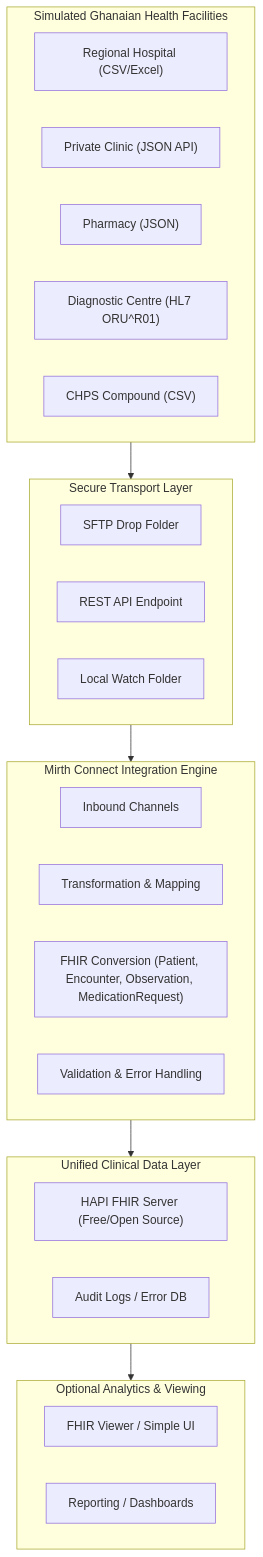
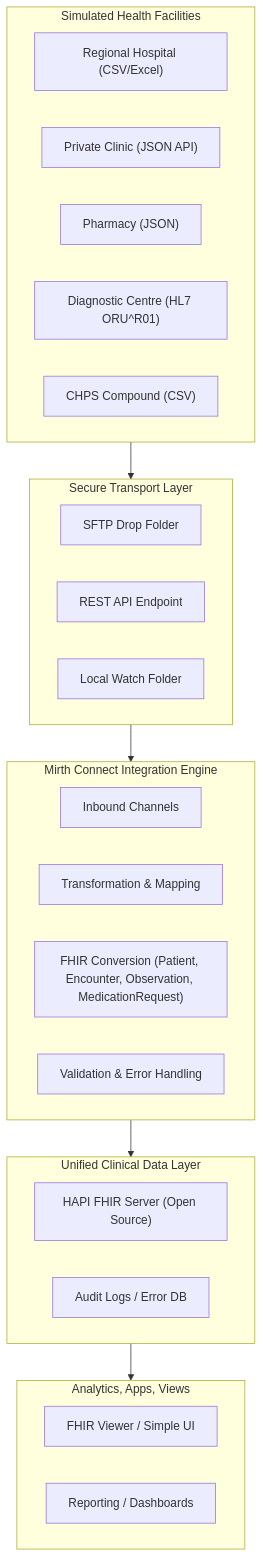
Before and after one commit to Purplewells/StudentHealthcare: the first of 2 diagrams in README.md, drawn with Mermaid. The commit also changed other lines of this file, not shown here.

````diff
--- a/README.md
+++ b/README.md
@@ -25,40 +25,40 @@
 ```mermaid
 flowchart TD
-    subgraph ClinicSources["Simulated Ghanaian Health Facilities"]
+    subgraph ClinicSources["Simulated Health Facilities"]
         A1["Regional Hospital (CSV/Excel)"]
         A2["Private Clinic (JSON API)"]
         A3["Pharmacy (JSON)"]
         A4["Diagnostic Centre (HL7 ORU^R01)"]
         A5["CHPS Compound (CSV)"]
     end
 
     subgraph Transport["Secure Transport Layer"]
         B1["SFTP Drop Folder"]
         B2["REST API Endpoint"]
         B3["Local Watch Folder"]
     end
 
     subgraph Integration["Mirth Connect Integration Engine"]
         C1["Inbound Channels"]
         C2["Transformation & Mapping"]
         C3["FHIR Conversion (Patient, Encounter, Observation, MedicationRequest)"]
         C4["Validation & Error Handling"]
     end
 
     subgraph Storage["Unified Clinical Data Layer"]
-        D1["HAPI FHIR Server (Free/Open Source)"]
+        D1["HAPI FHIR Server (Open Source)"]
         D2["Audit Logs / Error DB"]
     end
 
-    subgraph Analytics["Optional Analytics & Viewing"]
+    subgraph Analytics["Analytics, Apps, Views"]
         E1["FHIR Viewer / Simple UI"]
         E2["Reporting / Dashboards"]
     end
 
     %% Connections
     ClinicSources --> Transport
     Transport --> Integration
     Integration --> Storage
     Storage --> Analytics
 
 ```
````
